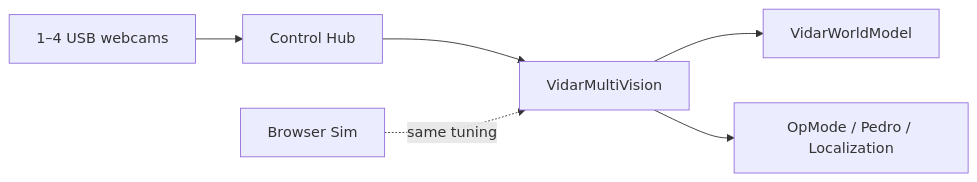
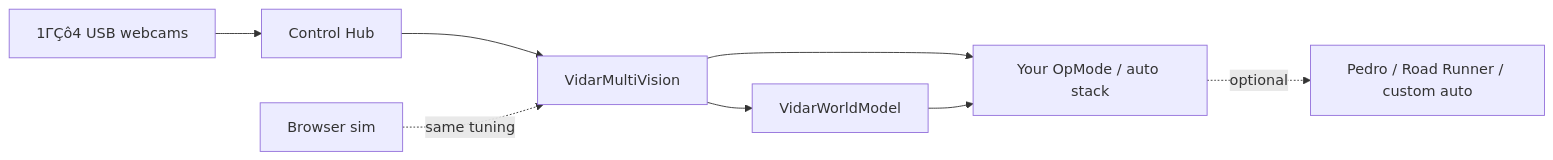
One commit to The-Allsparks/ViDAR changed the diagram in README.md. Above: the diagram before and after it, drawn with Mermaid. The commit also changed other lines of this file and 7 other files, not shown here.

````diff
--- a/README.md
+++ b/README.md
@@ -129,8 +220,10 @@
 ```mermaid
 flowchart LR
-  Cam[1–4 USB webcams] --> Hub[Control Hub]
+  Cam[1ΓÇô4 USB webcams] --> Hub[Control Hub]
   Hub --> MV[VidarMultiVision]
   MV --> WM[VidarWorldModel]
-  MV --> Op[OpMode / Pedro / Localization]
-  Sim[Browser Sim] -.->|same tuning| MV
+  MV --> Op[Your OpMode / auto stack]
+  WM --> Op
+  Op -.->|optional| PED[Pedro / Road Runner / custom auto]
+  Sim[Browser sim] -.->|same tuning| MV
 ```
````
